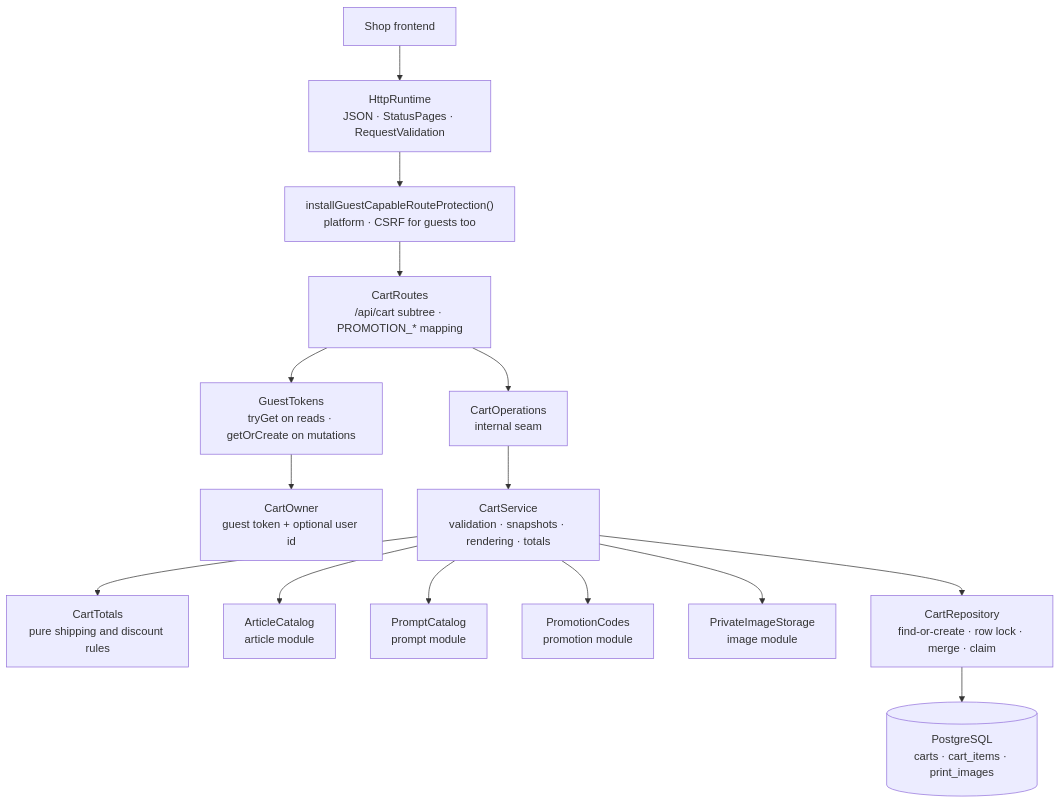
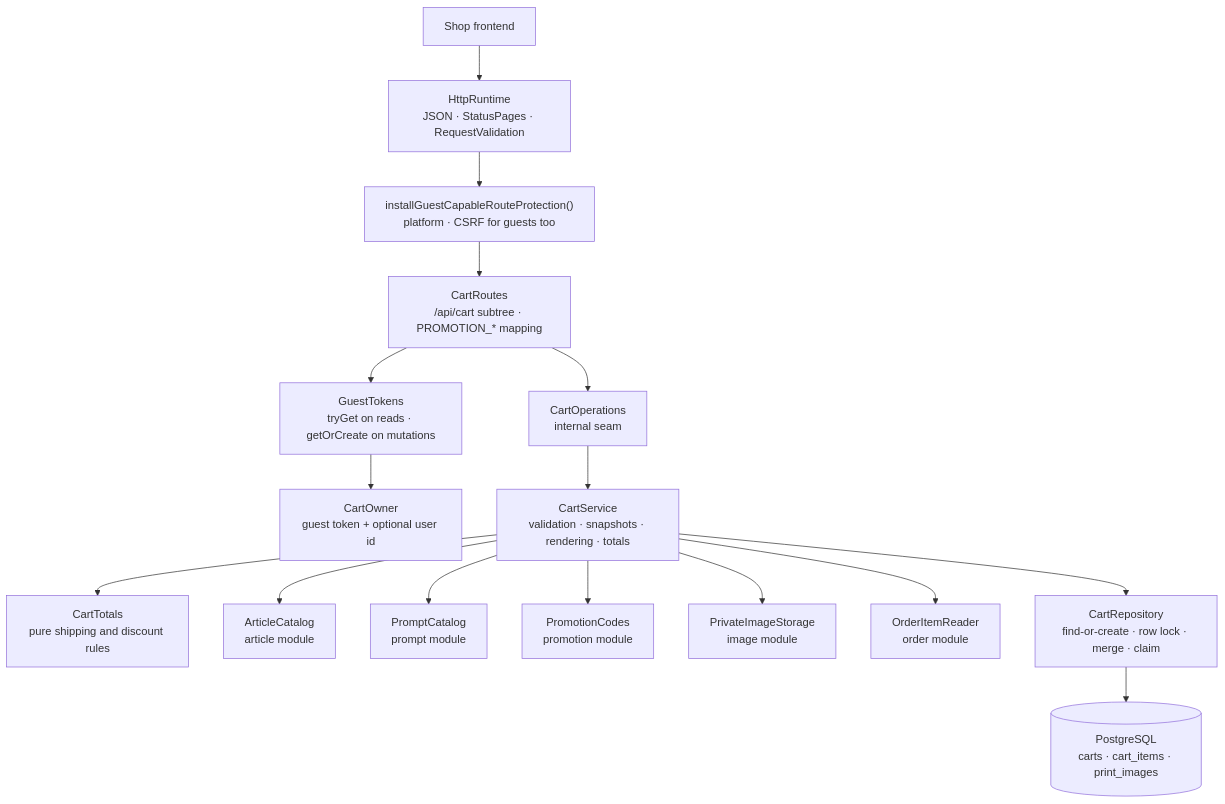
Before and after one commit to bitstorm-tech/voenix-shop-kotlin: the diagram in docs/dev/backend/cart-package.md, drawn with Mermaid. The commit also changed other lines of this file and 109 other files, not shown here.

First line of the commit message:
Migrate the Order feature into a Kotlin order module

````diff
--- a/docs/dev/backend/cart-package.md
+++ b/docs/dev/backend/cart-package.md
@@ -29,28 +30,30 @@
 ```mermaid
 flowchart TB
     Client["Shop frontend"]
     Http["HttpRuntime<br/>JSON · StatusPages · RequestValidation"]
     Csrf["installGuestCapableRouteProtection()<br/>platform · CSRF for guests too"]
     Routes["CartRoutes<br/>/api/cart subtree · PROMOTION_* mapping"]
     Guest["GuestTokens<br/>tryGet on reads · getOrCreate on mutations"]
     Owner["CartOwner<br/>guest token + optional user id"]
     Operations["CartOperations<br/>internal seam"]
     Service["CartService<br/>validation · snapshots · rendering · totals"]
     Totals["CartTotals<br/>pure shipping and discount rules"]
     Articles["ArticleCatalog<br/>article module"]
     Prompts["PromptCatalog<br/>prompt module"]
     Promotions["PromotionCodes<br/>promotion module"]
     Storage["PrivateImageStorage<br/>image module"]
+    Ordered["OrderItemReader<br/>order module"]
     Repository["CartRepository<br/>find-or-create · row lock · merge · claim"]
     Tables[("PostgreSQL<br/>carts · cart_items · print_images")]
 
     Client --> Http --> Csrf --> Routes
     Routes --> Guest --> Owner
     Routes --> Operations --> Service
     Service --> Totals
     Service --> Articles
     Service --> Prompts
     Service --> Promotions
     Service --> Storage
+    Service --> Ordered
     Service --> Repository --> Tables
 ```
````
